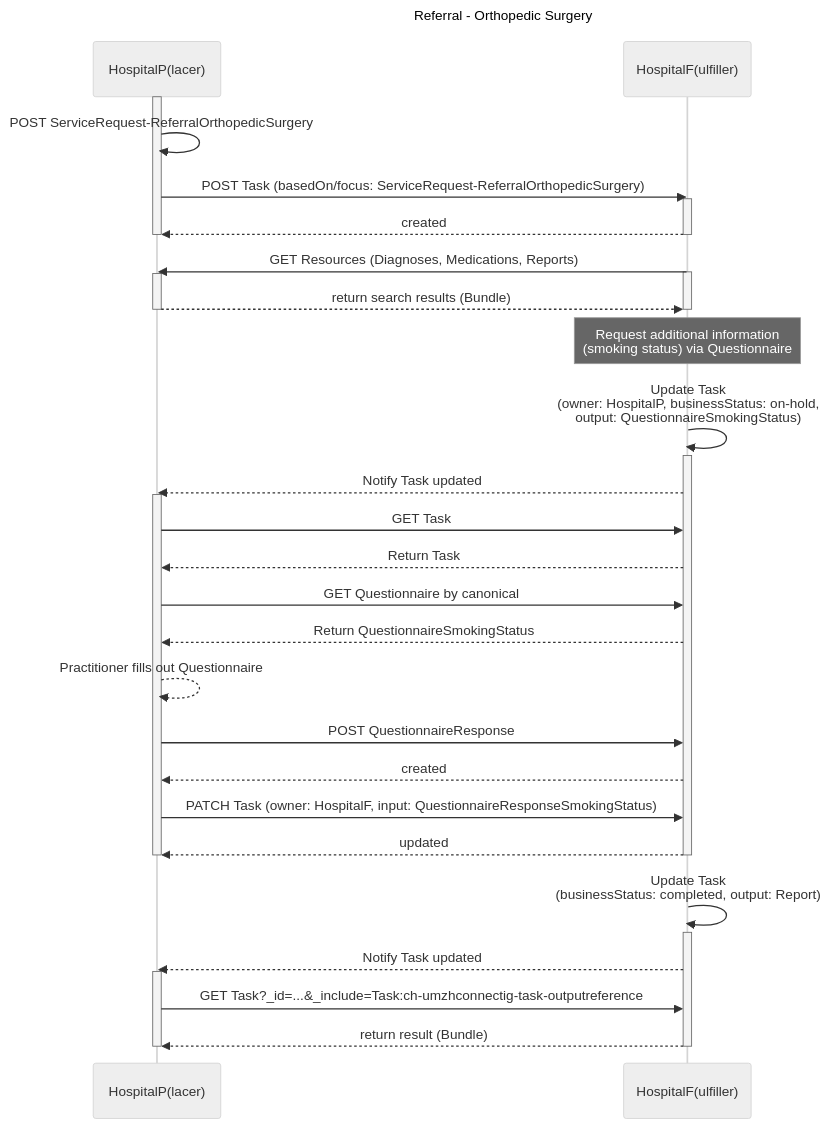
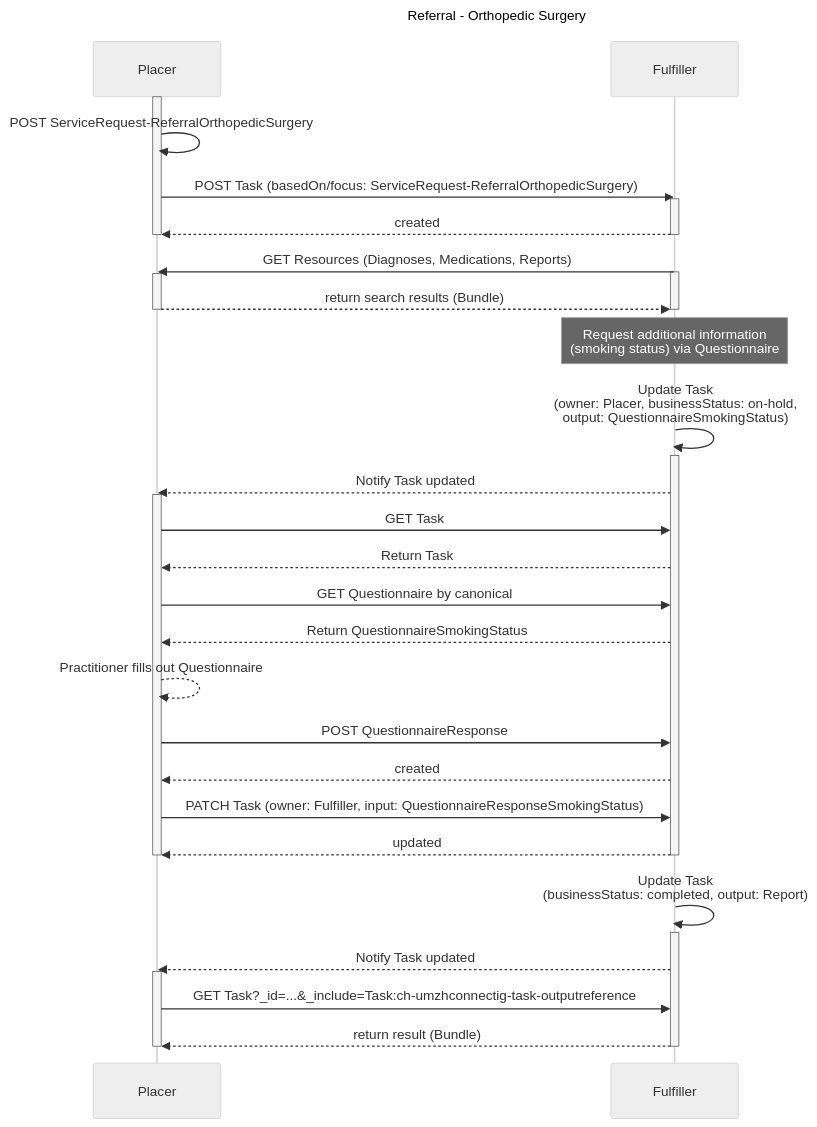
Before and after one commit to umzhconnect/umzhconnect-ig: the diagram in input/pagecontent/usecase-referral-orthopedic.md, drawn with Mermaid (neutral theme). The commit also changed other lines of this file and 22 other files, not shown here.

````diff
--- a/input/pagecontent/usecase-referral-orthopedic.md
+++ b/input/pagecontent/usecase-referral-orthopedic.md
@@ -18,49 +18,49 @@
 ```mermaid
 sequenceDiagram
     title Referral - Orthopedic Surgery
 
-    participant HospitalP as HospitalP(lacer)
-    participant HospitalF as HospitalF(ulfiller)
-    activate HospitalP
-    HospitalP->>HospitalP: POST ServiceRequest-ReferralOrthopedicSurgery
-    HospitalP->>HospitalF: POST Task (basedOn/focus: ServiceRequest-ReferralOrthopedicSurgery)
-    activate HospitalF
-    HospitalF-->>HospitalP: created
-    deactivate HospitalP
-    deactivate HospitalF
-    
-    HospitalF->>HospitalP: GET Resources (Diagnoses, Medications, Reports)
-    activate HospitalF
-    activate HospitalP
-    HospitalP-->>HospitalF: return search results (Bundle)
-    deactivate HospitalF
-    deactivate HospitalP
+    participant Placer as Placer
+    participant Fulfiller as Fulfiller
+    activate Placer
+    Placer->>Placer: POST ServiceRequest-ReferralOrthopedicSurgery
+    Placer->>Fulfiller: POST Task (basedOn/focus: ServiceRequest-ReferralOrthopedicSurgery)
+    activate Fulfiller
+    Fulfiller-->>Placer: created
+    deactivate Placer
+    deactivate Fulfiller
 
-    Note over HospitalF: Request additional information<br/>(smoking status) via Questionnaire
-    HospitalF->>HospitalF: Update Task<br/>(owner: HospitalP, businessStatus: on-hold,<br/>output: QuestionnaireSmokingStatus)
-    activate HospitalF
-    HospitalF-->>HospitalP: Notify Task updated
-    activate HospitalP
-    HospitalP->>HospitalF: GET Task
-    HospitalF-->>HospitalP: Return Task
-    HospitalP->>HospitalF: GET Questionnaire by canonical
-    HospitalF-->>HospitalP: Return QuestionnaireSmokingStatus
-    HospitalP-->>HospitalP: Practitioner fills out Questionnaire
-    HospitalP->>HospitalF: POST QuestionnaireResponse
-    HospitalF-->>HospitalP: created
-    HospitalP->>HospitalF: PATCH Task (owner: HospitalF, input: QuestionnaireResponseSmokingStatus)
-    HospitalF-->>HospitalP: updated
-    deactivate HospitalP
-    deactivate HospitalF
+    Fulfiller->>Placer: GET Resources (Diagnoses, Medications, Reports)
+    activate Fulfiller
+    activate Placer
+    Placer-->>Fulfiller: return search results (Bundle)
+    deactivate Fulfiller
+    deactivate Placer
 
-    HospitalF->>HospitalF: Update Task<br/>(businessStatus: completed, output: Report)
-    activate HospitalF
-    HospitalF-->>HospitalP: Notify Task updated
-    activate HospitalP
-    HospitalP->> HospitalF: GET Task?_id=...&_include=Task:ch-umzhconnectig-task-outputreference
-    HospitalF-->>HospitalP: return result (Bundle)
-    deactivate HospitalP
-    deactivate HospitalF
+    Note over Fulfiller: Request additional information<br/>(smoking status) via Questionnaire
+    Fulfiller->>Fulfiller: Update Task<br/>(owner: Placer, businessStatus: on-hold,<br/>output: QuestionnaireSmokingStatus)
+    activate Fulfiller
+    Fulfiller-->>Placer: Notify Task updated
+    activate Placer
+    Placer->>Fulfiller: GET Task
+    Fulfiller-->>Placer: Return Task
+    Placer->>Fulfiller: GET Questionnaire by canonical
+    Fulfiller-->>Placer: Return QuestionnaireSmokingStatus
+    Placer-->>Placer: Practitioner fills out Questionnaire
+    Placer->>Fulfiller: POST QuestionnaireResponse
+    Fulfiller-->>Placer: created
+    Placer->>Fulfiller: PATCH Task (owner: Fulfiller, input: QuestionnaireResponseSmokingStatus)
+    Fulfiller-->>Placer: updated
+    deactivate Placer
+    deactivate Fulfiller
+
+    Fulfiller->>Fulfiller: Update Task<br/>(businessStatus: completed, output: Report)
+    activate Fulfiller
+    Fulfiller-->>Placer: Notify Task updated
+    activate Placer
+    Placer->> Fulfiller: GET Task?_id=...&_include=Task:ch-umzhconnectig-task-outputreference
+    Fulfiller-->>Placer: return result (Bundle)
+    deactivate Placer
+    deactivate Fulfiller
 
 
 ```
````
